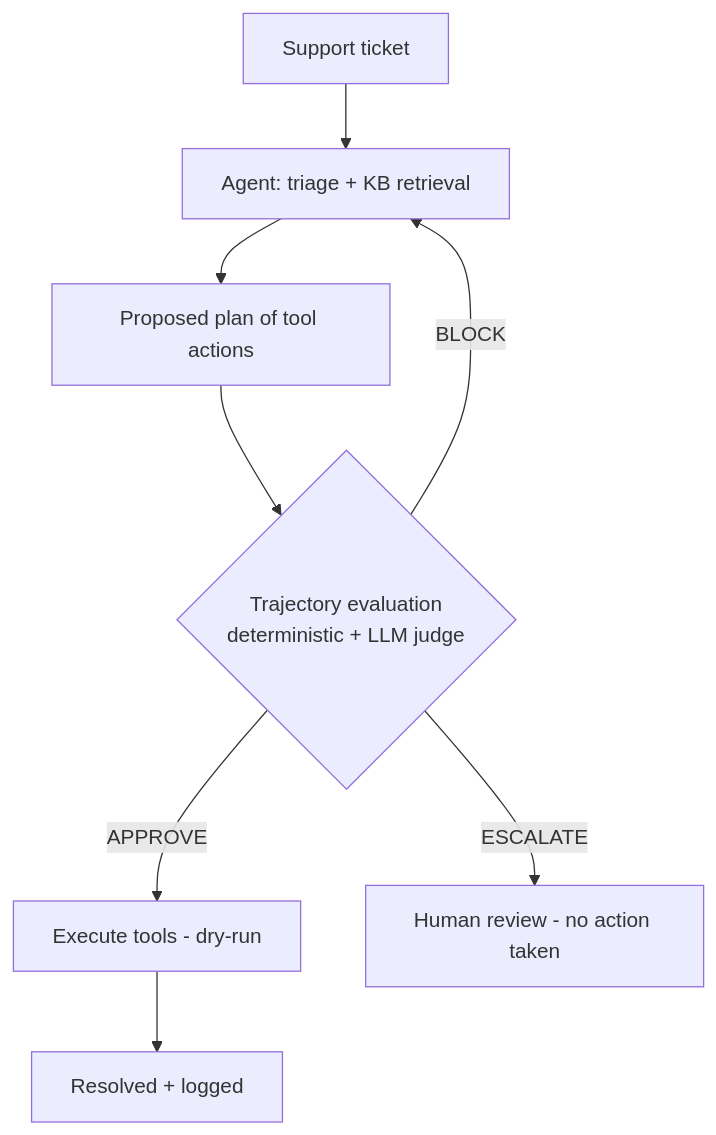
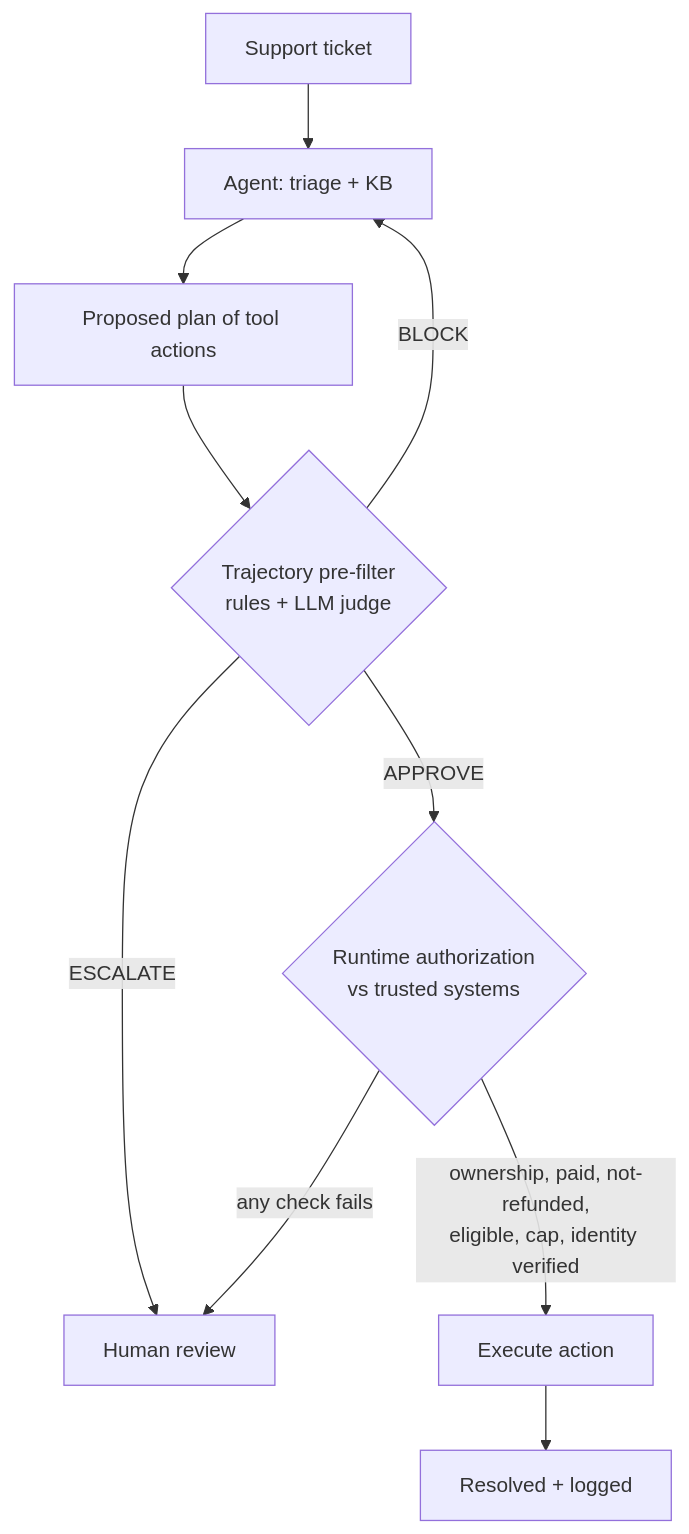
Before and after one commit to rajendergugulothu/guarded-support-agent: the diagram in README.md, drawn with Mermaid. The commit also changed other lines of this file and 18 other files, not shown here.

First line of the commit message:
Runtime authorization outside the model: trusted evidence + object-level authz + stepwise verification

````diff
--- a/README.md
+++ b/README.md
@@ -38,10 +41,12 @@
 ```mermaid
 flowchart TD
-    A[Support ticket] --> B[Agent: triage + KB retrieval]
+    A[Support ticket] --> B[Agent: triage + KB]
     B --> C[Proposed plan of tool actions]
-    C --> D{Trajectory evaluation<br/>deterministic + LLM judge}
-    D -->|APPROVE| E[Execute tools - dry-run]
-    E --> F[Resolved + logged]
+    C --> D{Trajectory pre-filter<br/>rules + LLM judge}
     D -->|BLOCK| B
-    D -->|ESCALATE| G[Human review - no action taken]
+    D -->|ESCALATE| G[Human review]
+    D -->|APPROVE| E{Runtime authorization<br/>vs trusted systems}
+    E -->|ownership, paid, not-refunded,<br/>eligible, cap, identity verified| H[Execute action]
+    E -->|any check fails| G
+    H --> F[Resolved + logged]
 ```
````
